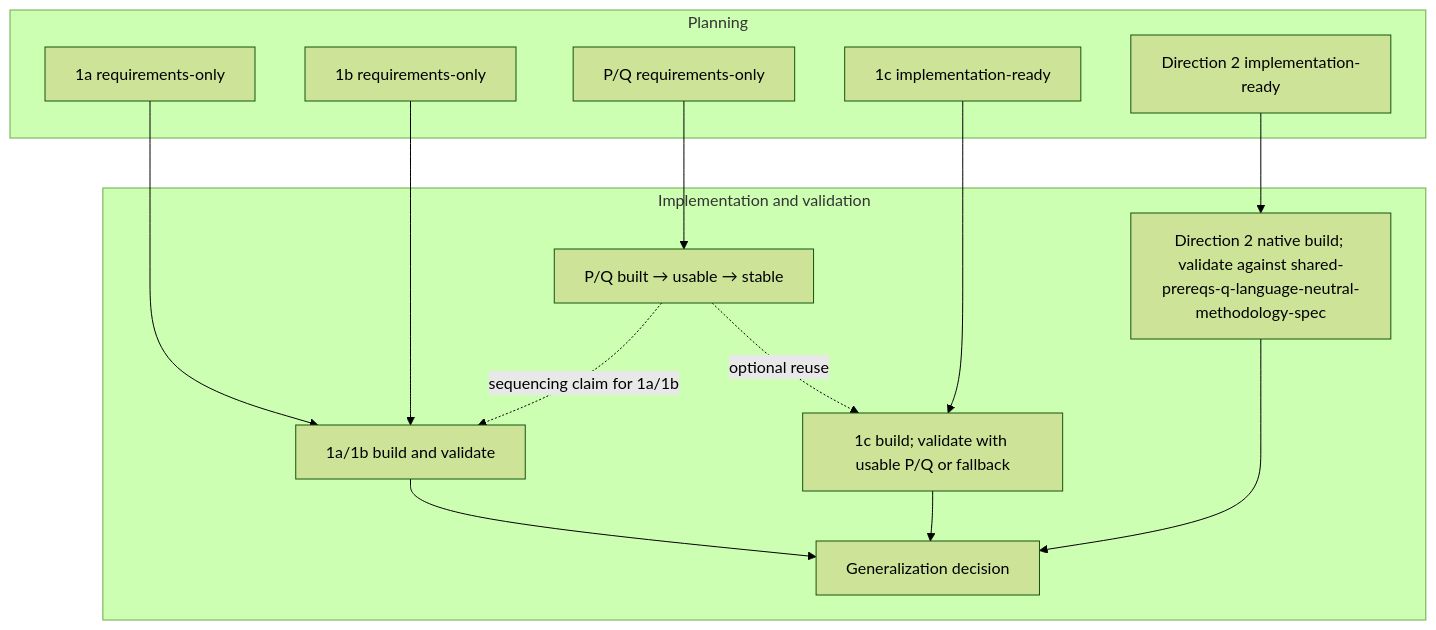
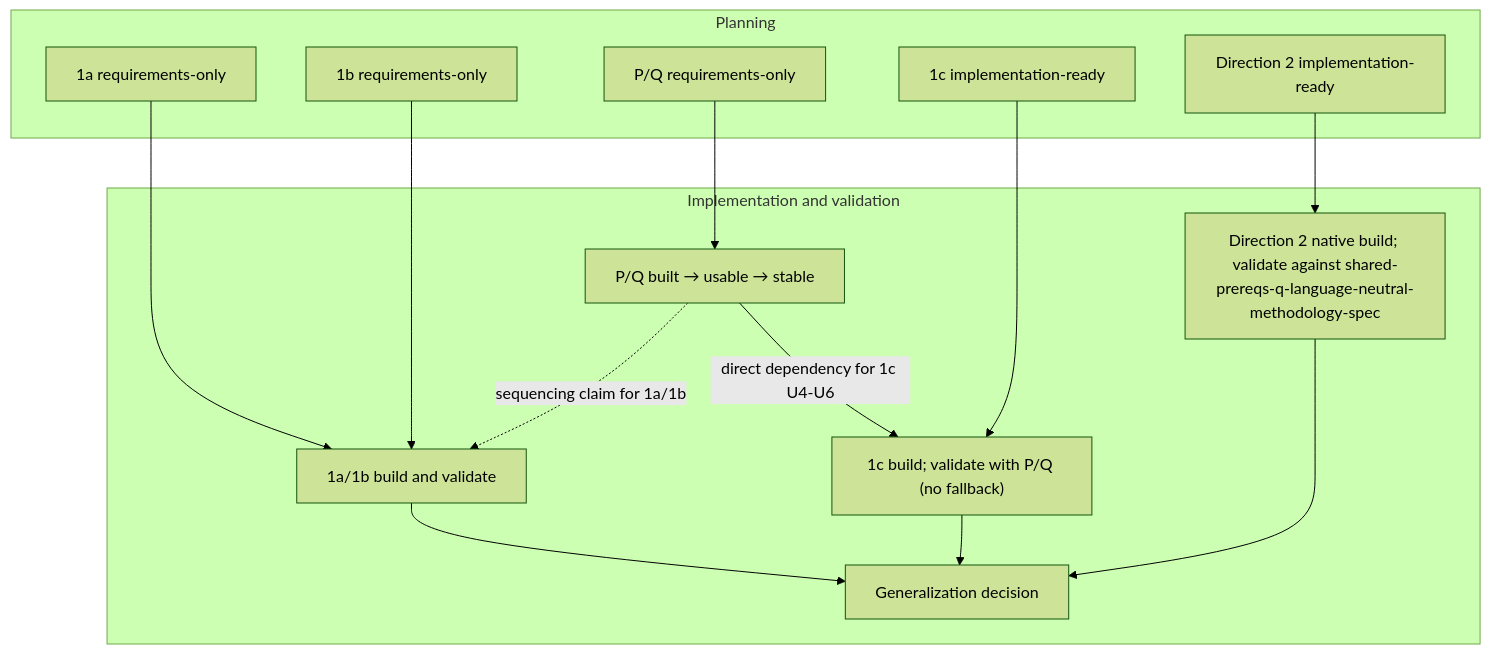
One commit to billf/convex-backend changed the third of 3 diagrams in docs/plans/planning-timeline.md. Above: the diagram before and after it, drawn with Mermaid (forest theme). The commit also changed other lines of this file and 9 other files, not shown here.

````diff
--- a/docs/plans/planning-timeline.md
+++ b/docs/plans/planning-timeline.md
@@ -82,29 +82,29 @@
 ```mermaid
 flowchart TB
   subgraph Planning["Planning"]
     plan1a["1a requirements-only"]
     plan1b["1b requirements-only"]
     planPQ["P/Q requirements-only"]
     plan1c["1c implementation-ready"]
     plan2["Direction 2 implementation-ready"]
   end
 
   subgraph Delivery["Implementation and validation"]
     d1["P/Q built → usable → stable"]
     d2["1a/1b build and validate"]
-    d3["1c build; validate with usable P/Q or fallback"]
+    d3["1c build; validate with P/Q (no fallback)"]
     d4["Direction 2 native build; validate against shared-prereqs-q-language-neutral-methodology-spec"]
     d5["Generalization decision"]
   end
 
   planPQ --> d1
   plan1a --> d2
   plan1b --> d2
   plan1c --> d3
   plan2 --> d4
   d1 -. "sequencing claim for 1a/1b" .-> d2
-  d1 -. "optional reuse" .-> d3
+  d1 -->|"direct dependency for 1c U4-U6"| d3
   d2 --> d5
   d3 --> d5
   d4 --> d5
 ```
````
